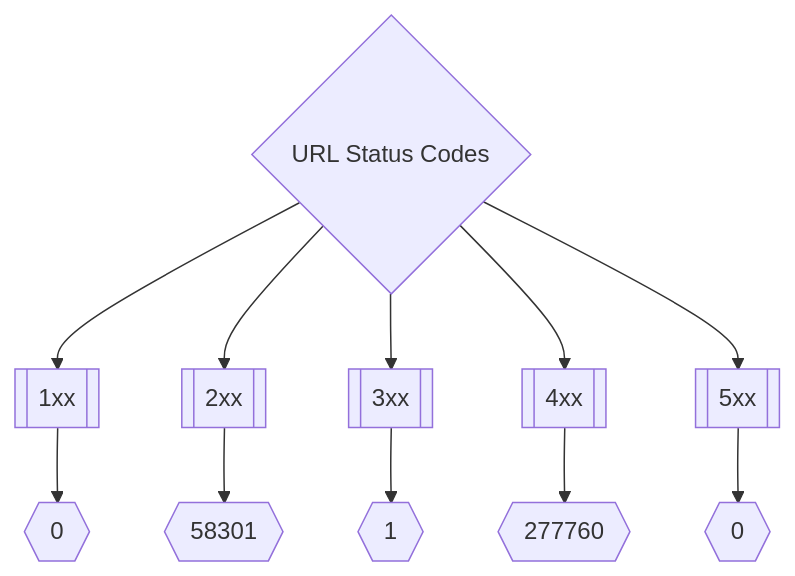
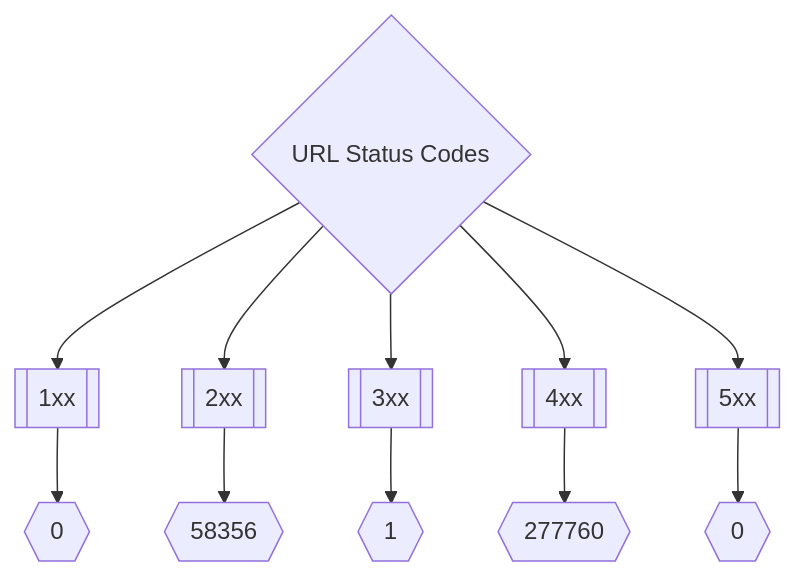
The second of 3 diagrams in README.md (trickest/inventory), drawn with Mermaid before and after one commit. The commit also changed other lines of this file and 10 other files, not shown here.

````diff
--- a/README.md
+++ b/README.md
@@ -173,8 +173,8 @@
 ```mermaid
 graph TD
 title{URL Status Codes} --> 1xx[[1xx]] --> status1xxNum{{0}}
-title --> 2xx[[2xx]] --> status2xxNum{{58301}}
+title --> 2xx[[2xx]] --> status2xxNum{{58356}}
 title --> 3xx[[3xx]] --> status3xxNum{{1}}
 title --> 4xx[[4xx]] --> status4xxNum{{277760}}
 title --> 5xx[[5xx]] --> status5xxNum{{0}}
 ```
````
